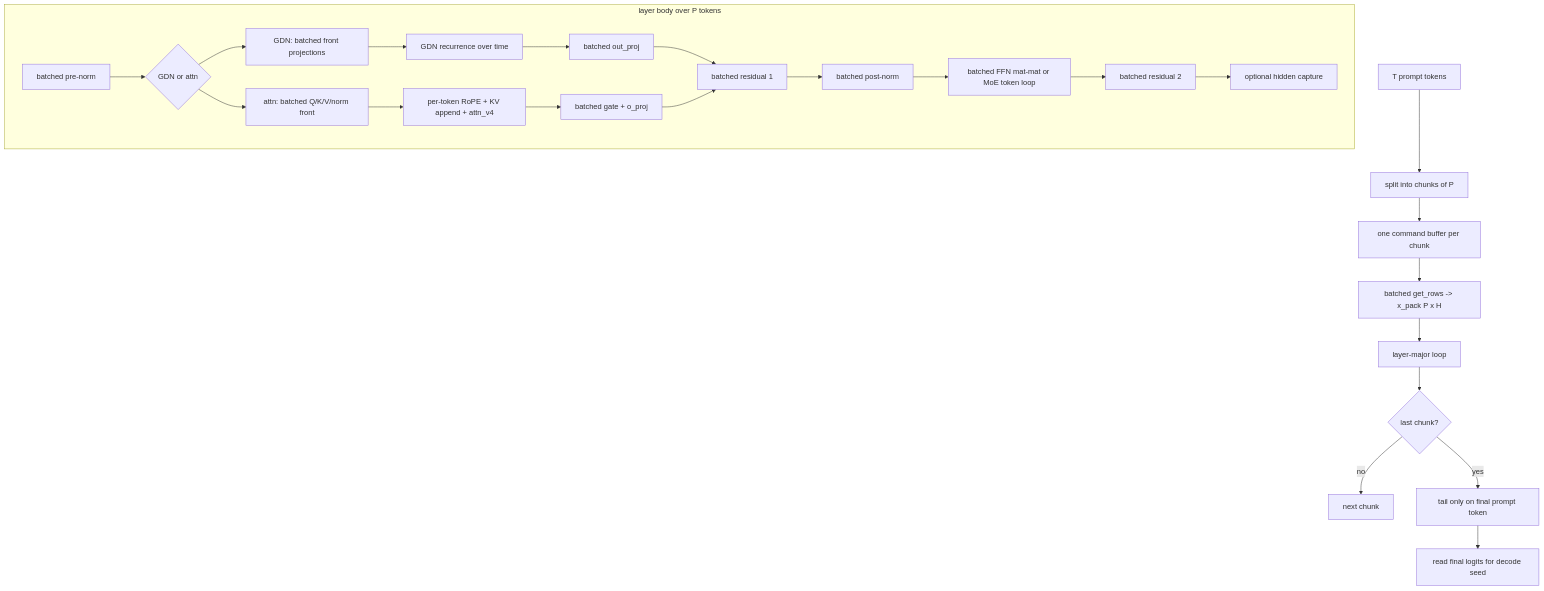
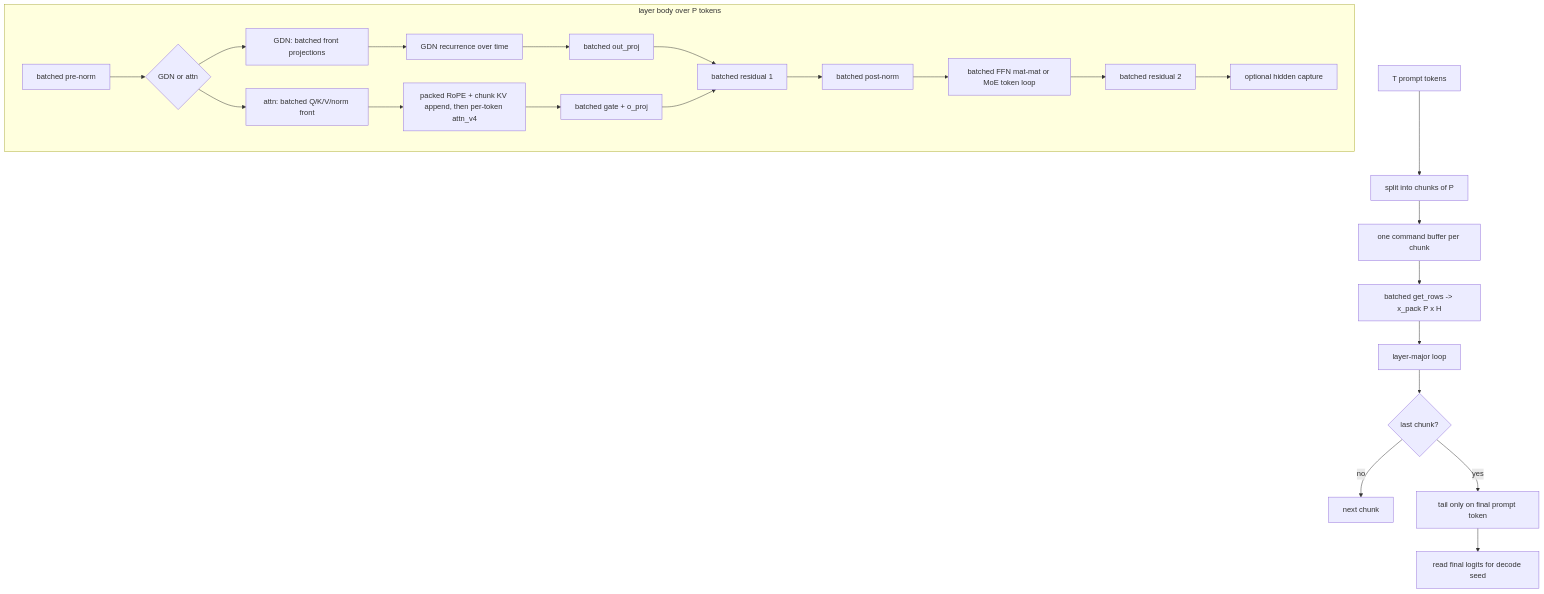
Before and after one commit to brittlewis12/qwen-llm: the fifth of 9 diagrams in docs/INFERENCE-GRAPH.md, drawn with Mermaid. The commit also changed other lines of this file and 5 other files, not shown here.

````diff
--- a/docs/INFERENCE-GRAPH.md
+++ b/docs/INFERENCE-GRAPH.md
@@ -130,28 +130,28 @@
 ```mermaid
 flowchart TD
     Prompt[T prompt tokens] --> Chunks[split into chunks of P]
     Chunks --> ChunkCB[one command buffer per chunk]
     ChunkCB --> EmbedPack[batched get_rows -> x_pack P x H]
     EmbedPack --> LayerLoop[layer-major loop]
 
     subgraph LayerBody[layer body over P tokens]
         Pre[batched pre-norm] --> Mix{GDN or attn}
         Mix --> GDNPack[GDN: batched front projections]
         GDNPack --> GDNTail[GDN recurrence over time]
         GDNTail --> GDNBack[batched out_proj]
         Mix --> AttnPack[attn: batched Q/K/V/norm front]
-        AttnPack --> AttnSeq[per-token RoPE + KV append + attn_v4]
+        AttnPack --> AttnSeq[packed RoPE + chunk KV append, then per-token attn_v4]
         AttnSeq --> AttnBack[batched gate + o_proj]
         GDNBack --> Res1[batched residual 1]
         AttnBack --> Res1
         Res1 --> Post[batched post-norm]
         Post --> FFN[batched FFN mat-mat or MoE token loop]
         FFN --> Res2[batched residual 2]
         Res2 --> HiddenCap[optional hidden capture]
     end
 
     LayerLoop --> Tail{last chunk?}
     Tail -->|no| NextChunk[next chunk]
     Tail -->|yes| LastTail[tail only on final prompt token]
     LastTail --> LastLogits[read final logits for decode seed]
 ```
````
